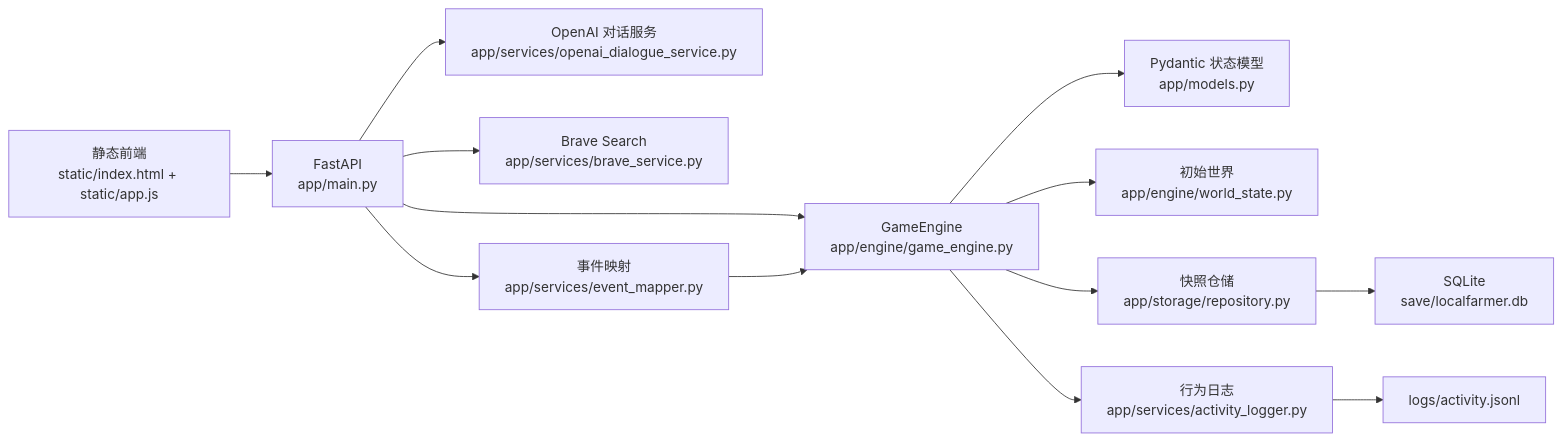
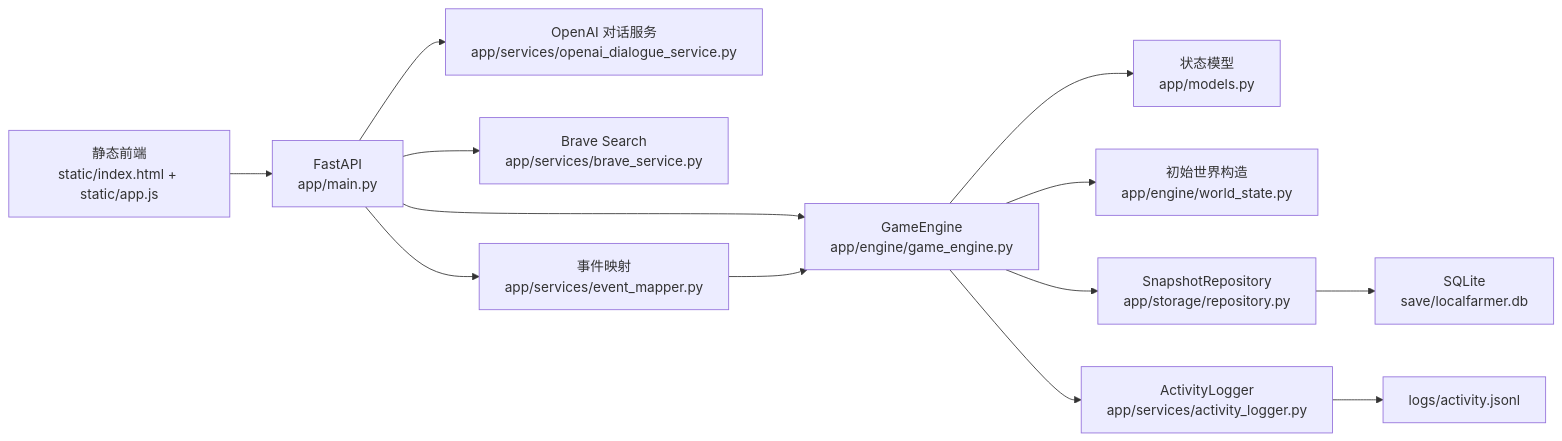
The diagram in docs/architecture_report.md (whuyao/PixelLab), drawn with Mermaid before and after one commit. The commit also changed other lines of this file and 11 other files, not shown here.

Commit message:
Add sector rotation and expand architecture docs

````diff
--- a/docs/architecture_report.md
+++ b/docs/architecture_report.md
@@ -18,15 +18,15 @@
 ```mermaid
 flowchart LR
     UI["静态前端\nstatic/index.html + static/app.js"] --> API["FastAPI\napp/main.py"]
     API --> Engine["GameEngine\napp/engine/game_engine.py"]
-    Engine --> Models["Pydantic 状态模型\napp/models.py"]
-    Engine --> Init["初始世界\napp/engine/world_state.py"]
-    Engine --> Repo["快照仓储\napp/storage/repository.py"]
+    Engine --> Models["状态模型\napp/models.py"]
+    Engine --> Init["初始世界构造\napp/engine/world_state.py"]
+    Engine --> Repo["SnapshotRepository\napp/storage/repository.py"]
     Repo --> SQLite["SQLite\nsave/localfarmer.db"]
-    Engine --> Logger["行为日志\napp/services/activity_logger.py"]
+    Engine --> Logger["ActivityLogger\napp/services/activity_logger.py"]
     Logger --> JSONL["logs/activity.jsonl"]
     API --> OpenAI["OpenAI 对话服务\napp/services/openai_dialogue_service.py"]
     API --> Brave["Brave Search\napp/services/brave_service.py"]
     API --> Mapper["事件映射\napp/services/event_mapper.py"]
     Mapper --> Engine
 ```
````
